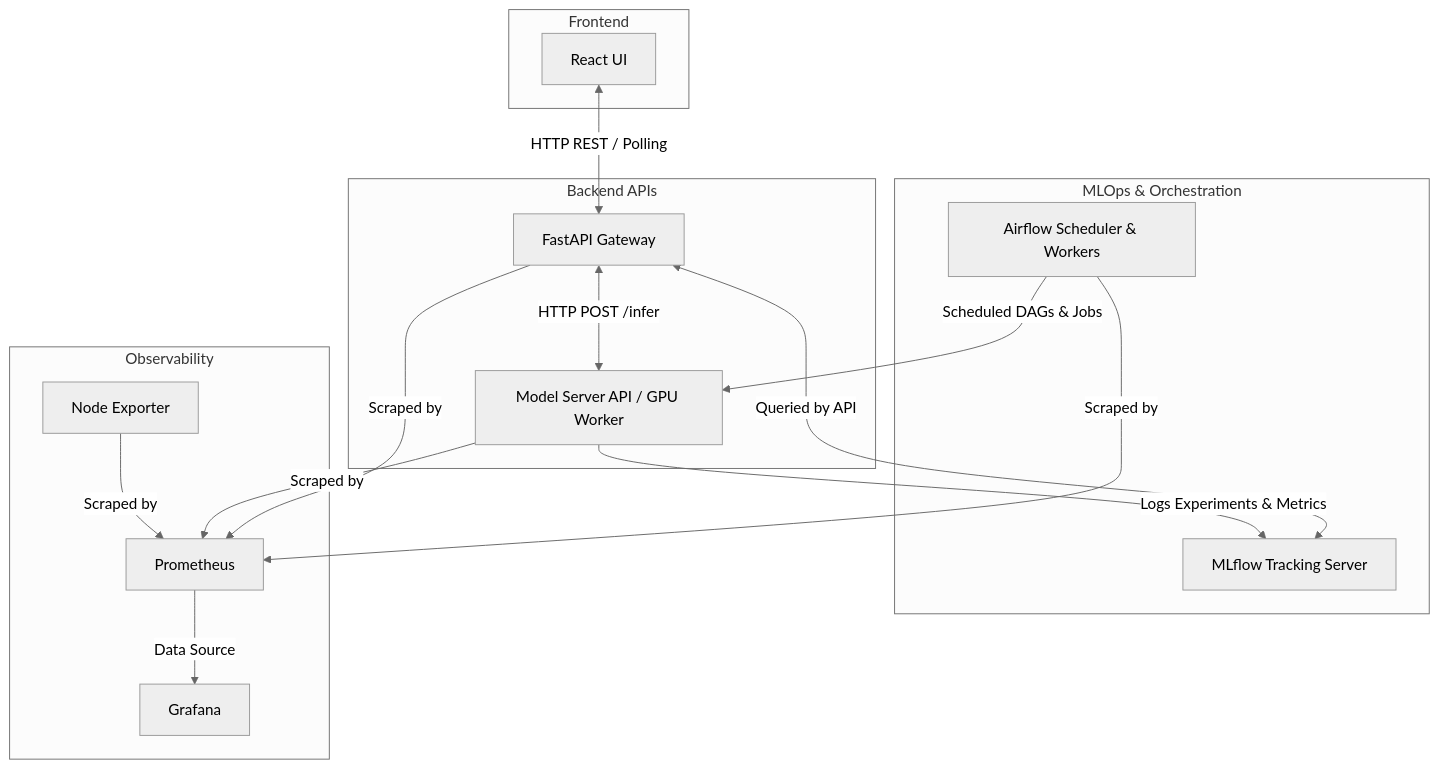
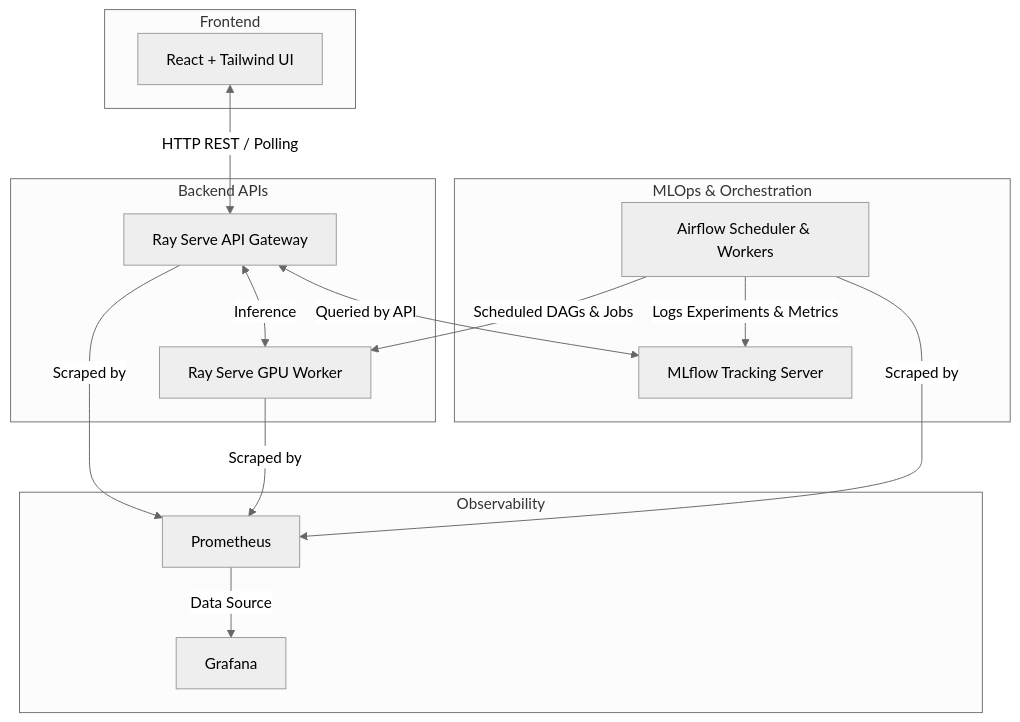
The diagram in README.md (BracedHornet186/MLOps-Project-ME22B214), drawn with Mermaid (neutral theme) before and after one commit. The commit also changed other lines of this file and 21 other files, not shown here.

````diff
--- a/README.md
+++ b/README.md
@@ -70,32 +14,30 @@
 ```mermaid
 graph TD
     subgraph Frontend
-        A[React UI]
+        A[React + Tailwind UI]
     end
     subgraph Backend APIs
-        B[FastAPI Gateway]
-        C[Model Server API / GPU Worker]
+        B[Ray Serve API Gateway]
+        C[Ray Serve GPU Worker]
     end
     subgraph MLOps & Orchestration
         D[MLflow Tracking Server]
         E[Airflow Scheduler & Workers]
     end
     subgraph Observability
         F[Prometheus]
         G[Grafana]
-        H[Node Exporter]
     end
     
     A <-->|HTTP REST / Polling| B
-    B <-->|HTTP POST /infer| C
+    B <-->|Inference| C
     B <-->|Queried by API| D
-    C -->|Logs Experiments & Metrics| D
+    E -->|Logs Experiments & Metrics| D
     E -->|Scheduled DAGs & Jobs| C
     
     B -->|Scraped by| F
     C -->|Scraped by| F
     E -->|Scraped by| F
-    H -->|Scraped by| F
     
     F -->|Data Source| G
 ```
````
